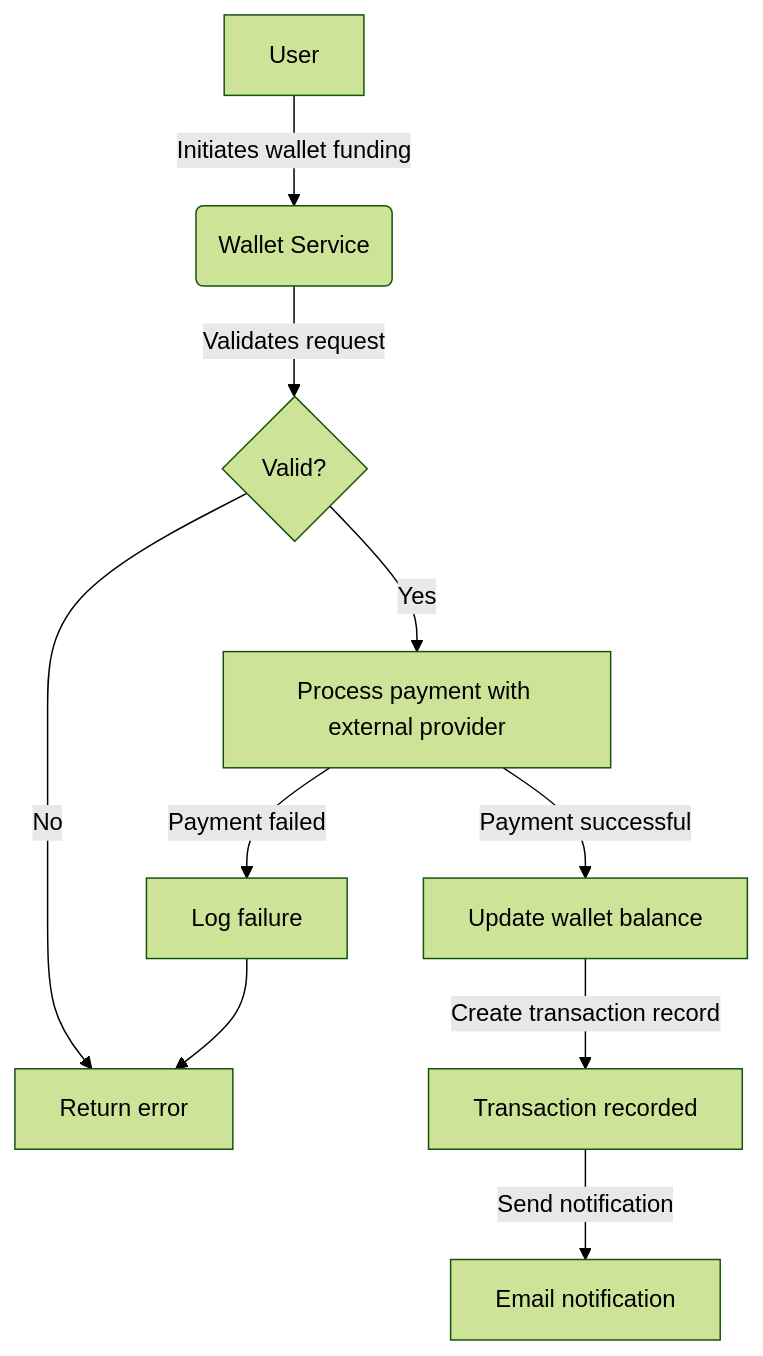
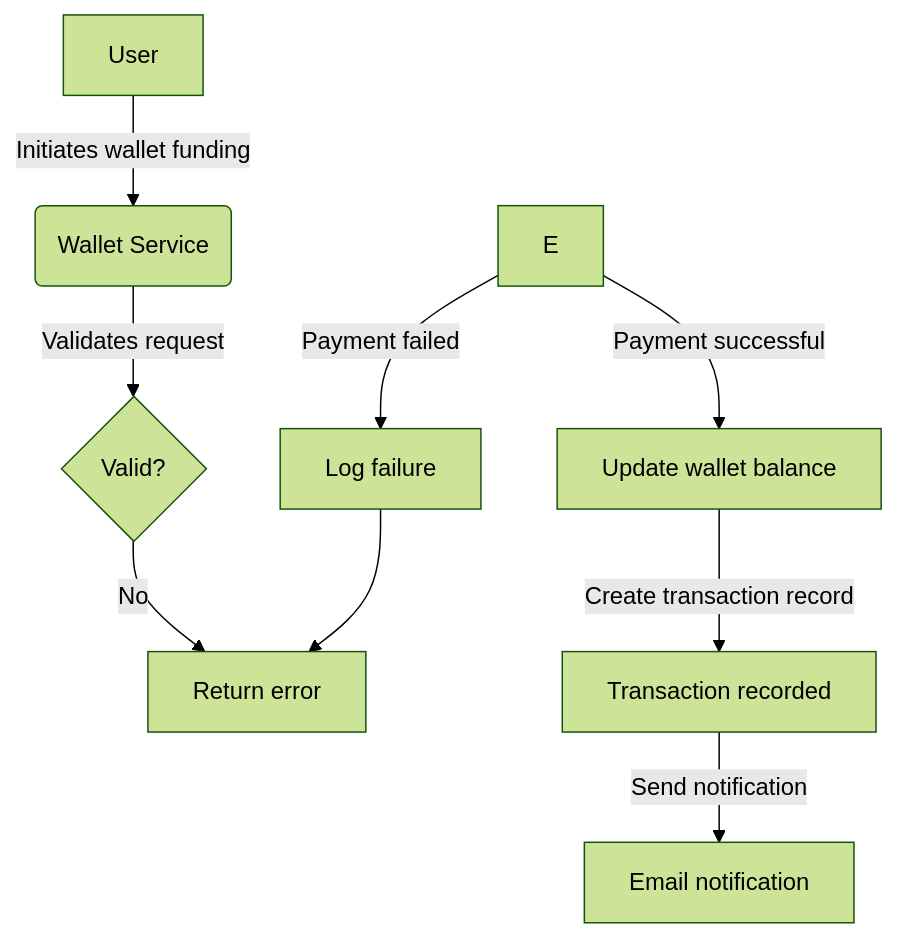
The third of 3 diagrams in README.md (Dayo-Adewuyi/FX-TRADING), drawn with Mermaid (forest theme) before and after one commit.

````diff
--- a/README.md
+++ b/README.md
@@ -121,12 +121,11 @@
 ```mermaid
 flowchart TD
     A[User] -->|Initiates wallet funding| B(Wallet Service)
     B -->|Validates request| C{Valid?}
     C -->|No| D[Return error]
-    C -->|Yes| E[Process payment with external provider]
     E -->|Payment successful| F[Update wallet balance]
     F -->|Create transaction record| G[Transaction recorded]
     G -->|Send notification| H[Email notification]
     E -->|Payment failed| I[Log failure]
     I --> D
 ```
````
